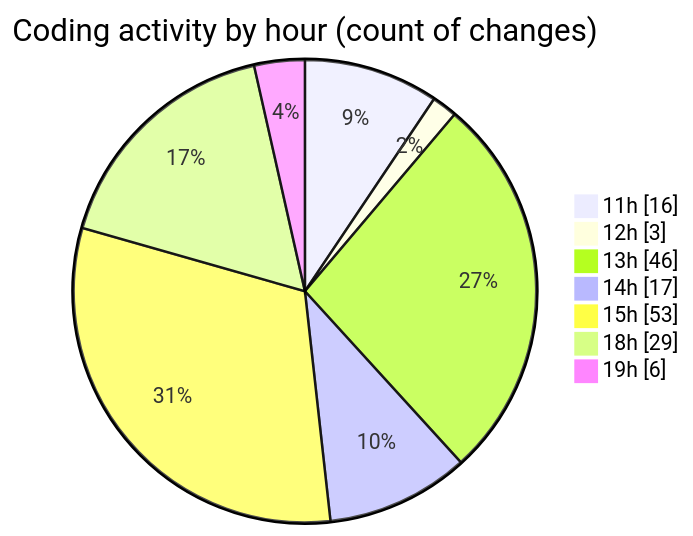
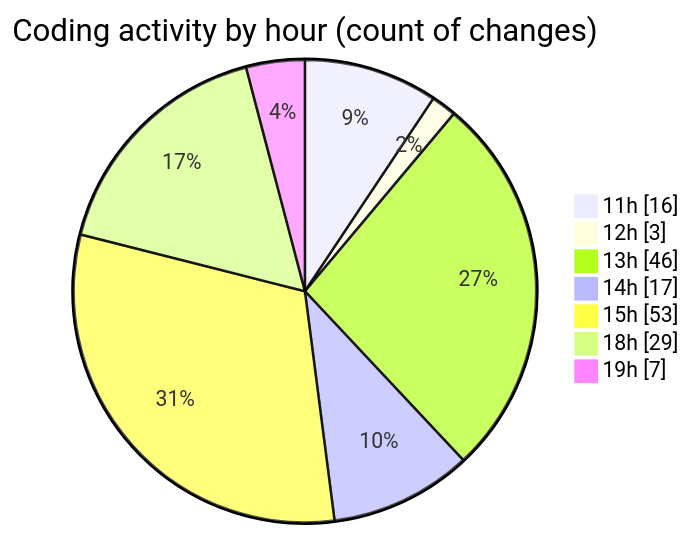
The second of 2 diagrams in 2025-07-08/argos/README.md (nxtqubesakshisongat/code-tracking), drawn with Mermaid before and after one commit. The commit also changed other lines of this file and 1 other file, not shown here.

````diff
--- a/2025-07-08/argos/README.md
+++ b/2025-07-08/argos/README.md
@@ -34,11 +34,11 @@
 ```mermaid
 pie showData
 title Coding activity by hour (count of changes)
 "11h" : 16
 "12h" : 3
 "13h" : 46
 "14h" : 17
 "15h" : 53
 "18h" : 29
-"19h" : 6
+"19h" : 7
 ```
````
